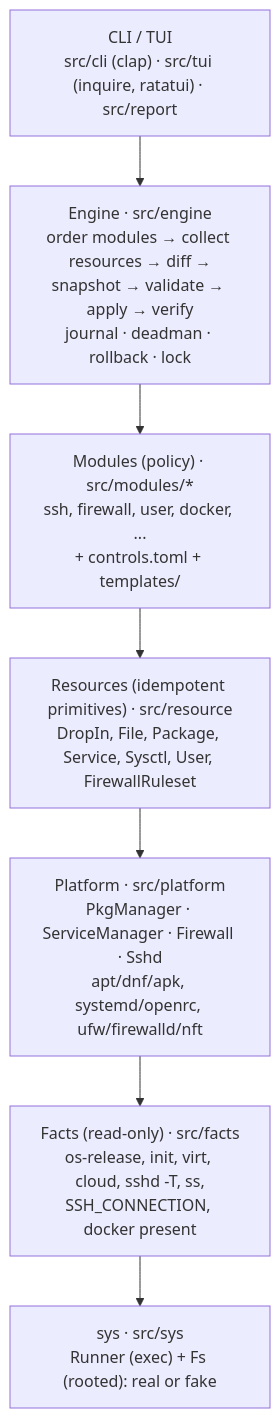
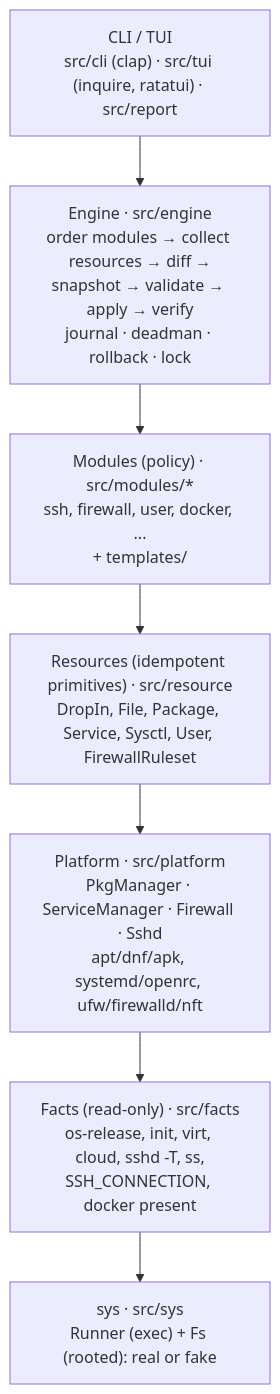
The first of 3 diagrams in docs/architecture.md (bhimrazy/vps-ready), drawn with Mermaid before and after one commit. The commit also changed other lines of this file and 14 other files, not shown here.

````diff
--- a/docs/architecture.md
+++ b/docs/architecture.md
@@ -33,11 +33,11 @@
 ```mermaid
 flowchart TB
   cli["CLI / TUI<br/>src/cli (clap) · src/tui (inquire, ratatui) · src/report"]
   engine["Engine · src/engine<br/>order modules → collect resources → diff →<br/>snapshot → validate → apply → verify<br/>journal · deadman · rollback · lock"]
-  modules["Modules (policy) · src/modules/*<br/>ssh, firewall, user, docker, ...<br/>+ controls.toml + templates/"]
+  modules["Modules (policy) · src/modules/*<br/>ssh, firewall, user, docker, ...<br/>+ templates/"]
   resources["Resources (idempotent primitives) · src/resource<br/>DropIn, File, Package, Service, Sysctl, User, FirewallRuleset"]
   platform["Platform · src/platform<br/>PkgManager · ServiceManager · Firewall · Sshd<br/>apt/dnf/apk, systemd/openrc, ufw/firewalld/nft"]
   facts["Facts (read-only) · src/facts<br/>os-release, init, virt, cloud, sshd -T, ss,<br/>SSH_CONNECTION, docker present"]
   sys["sys · src/sys<br/>Runner (exec) + Fs (rooted): real or fake"]
   cli --> engine --> modules --> resources --> platform --> facts --> sys
 ```
````
